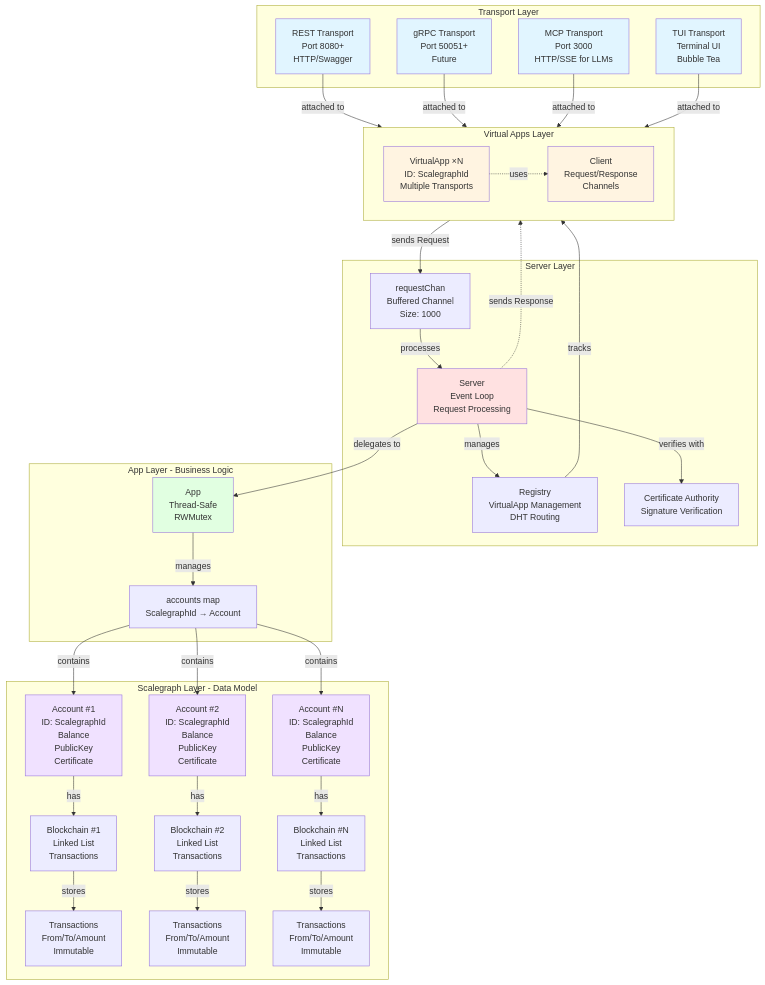
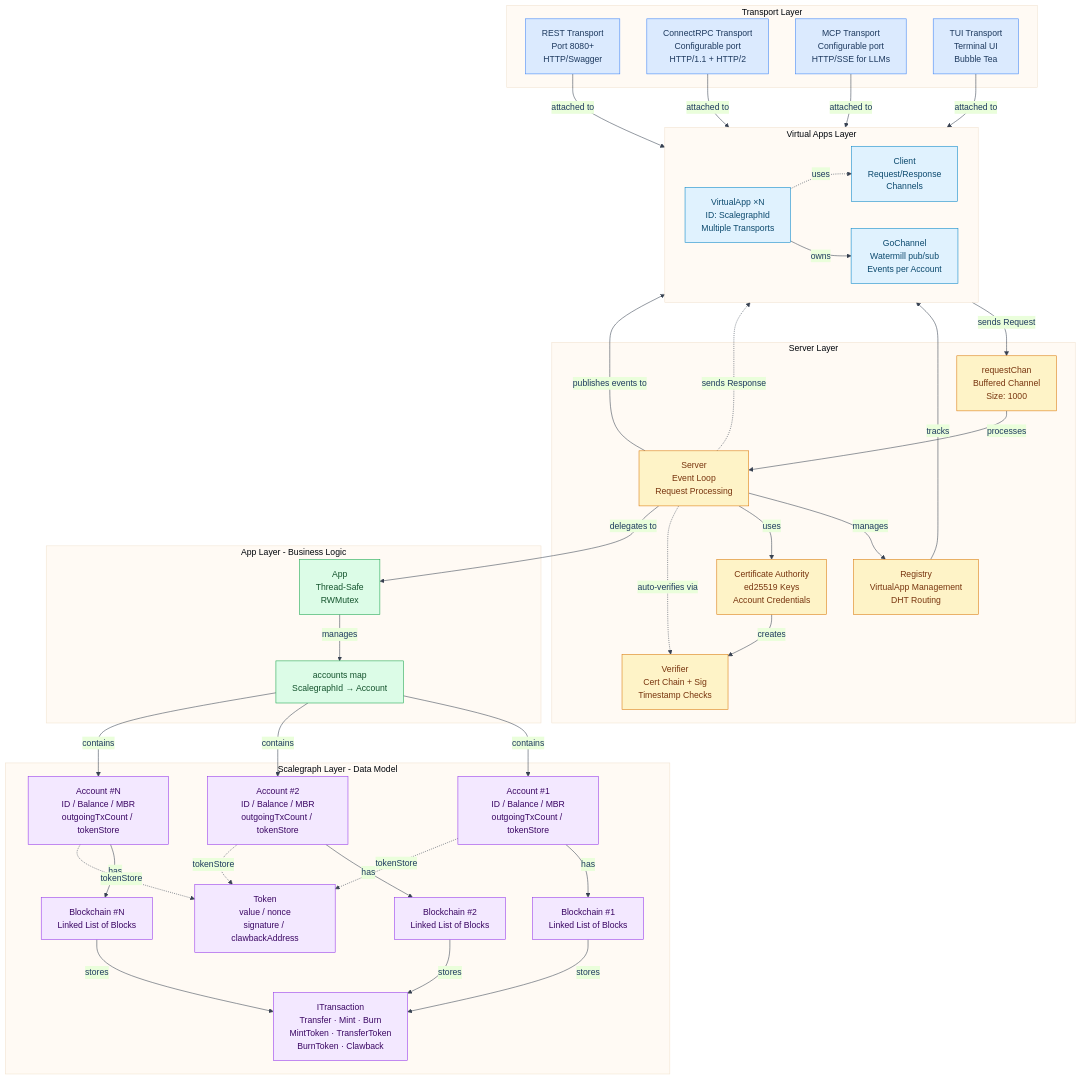
Before and after one commit to Hedlund01/sg-emulator: the diagram in docs/architecture-graph.mmd, drawn with Mermaid. The commit also changed 2 other files, not shown here.

Commit message:
Update diagrams

```diff
--- a/docs/architecture-graph.mmd
+++ b/docs/architecture-graph.mmd
@@ -1,81 +1,100 @@
+%%{init: {'theme': 'base', 'themeVariables': {'primaryColor': '#dbeafe', 'primaryBorderColor': '#3b82f6', 'primaryTextColor': '#1e3a5f', 'lineColor': '#374151', 'textColor': '#111827', 'background': '#ffffff'}}}%%
 graph TB
     subgraph "Transport Layer"
         REST[REST Transport<br/>Port 8080+<br/>HTTP/Swagger]
-        GRPC[gRPC Transport<br/>Port 50051+<br/>Future]
-        MCP[MCP Transport<br/>Port 3000<br/>HTTP/SSE for LLMs]
+        CONNECTRPC[ConnectRPC Transport<br/>Configurable port<br/>HTTP/1.1 + HTTP/2]
+        MCP[MCP Transport<br/>Configurable port<br/>HTTP/SSE for LLMs]
         TUI[TUI Transport<br/>Terminal UI<br/>Bubble Tea]
     end
 
     subgraph "Virtual Apps Layer"
         direction LR
         VA[VirtualApp ×N<br/>ID: ScalegraphId<br/>Multiple Transports]
         CLIENT[Client<br/>Request/Response<br/>Channels]
+        GOCHANNEL[GoChannel<br/>Watermill pub/sub<br/>Events per Account]
         VA -.->|uses| CLIENT
+        VA -->|owns| GOCHANNEL
     end
 
     subgraph "Server Layer"
         REGISTRY[Registry<br/>VirtualApp Management<br/>DHT Routing]
         REQCHAN[requestChan<br/>Buffered Channel<br/>Size: 1000]
         SERVER[Server<br/>Event Loop<br/>Request Processing]
-        CA[Certificate Authority<br/>Signature Verification]
+        CA[Certificate Authority<br/>ed25519 Keys<br/>Account Credentials]
+        VERIFIER[Verifier<br/>Cert Chain + Sig<br/>Timestamp Checks]
     end
 
     subgraph "App Layer - Business Logic"
         APP[App<br/>Thread-Safe<br/>RWMutex]
         ACCOUNTS[accounts map<br/>ScalegraphId → Account]
     end
 
     subgraph "Scalegraph Layer - Data Model"
-        ACC1[Account #1<br/>ID: ScalegraphId<br/>Balance<br/>PublicKey<br/>Certificate]
-        ACC2[Account #2<br/>ID: ScalegraphId<br/>Balance<br/>PublicKey<br/>Certificate]
-        ACC3[Account #N<br/>ID: ScalegraphId<br/>Balance<br/>PublicKey<br/>Certificate]
+        ACC1[Account #1<br/>ID / Balance / MBR<br/>outgoingTxCount / tokenStore]
+        ACC2[Account #2<br/>ID / Balance / MBR<br/>outgoingTxCount / tokenStore]
+        ACC3[Account #N<br/>ID / Balance / MBR<br/>outgoingTxCount / tokenStore]
 
-        BC1[Blockchain #1<br/>Linked List<br/>Transactions]
-        BC2[Blockchain #2<br/>Linked List<br/>Transactions]
-        BC3[Blockchain #N<br/>Linked List<br/>Transactions]
+        TOKEN[Token<br/>value / nonce<br/>signature / clawbackAddress]
 
-        TX1[Transactions<br/>From/To/Amount<br/>Immutable]
-        TX2[Transactions<br/>From/To/Amount<br/>Immutable]
-        TX3[Transactions<br/>From/To/Amount<br/>Immutable]
+        BC1[Blockchain #1<br/>Linked List of Blocks]
+        BC2[Blockchain #2<br/>Linked List of Blocks]
+        BC3[Blockchain #N<br/>Linked List of Blocks]
+
+        TX[ITransaction<br/>Transfer · Mint · Burn<br/>MintToken · TransferToken<br/>BurnToken · Clawback]
     end
 
     REST -->|attached to| VA
-    GRPC -->|attached to| VA
+    CONNECTRPC -->|attached to| VA
     MCP -->|attached to| VA
     TUI -->|attached to| VA
 
     CLIENT -->|sends Request| REQCHAN
-
     REQCHAN -->|processes| SERVER
     SERVER -->|manages| REGISTRY
-    SERVER -->|verifies with| CA
+    SERVER -->|uses| CA
+    CA -->|creates| VERIFIER
+    SERVER -.->|auto-verifies via| VERIFIER
     SERVER -.->|sends Response| CLIENT
-
+    SERVER -->|publishes events to| GOCHANNEL
     REGISTRY -->|tracks| VA
-
     SERVER -->|delegates to| APP
     APP -->|manages| ACCOUNTS
 
     ACCOUNTS -->|contains| ACC1
     ACCOUNTS -->|contains| ACC2
     ACCOUNTS -->|contains| ACC3
 
     ACC1 -->|has| BC1
     ACC2 -->|has| BC2
     ACC3 -->|has| BC3
 
-    BC1 -->|stores| TX1
-    BC2 -->|stores| TX2
-    BC3 -->|stores| TX3
+    ACC1 -.->|tokenStore| TOKEN
+    ACC2 -.->|tokenStore| TOKEN
+    ACC3 -.->|tokenStore| TOKEN
 
-    style REST fill:#e1f5ff
-    style GRPC fill:#e1f5ff
-    style MCP fill:#e1f5ff
-    style TUI fill:#e1f5ff
-    style VA fill:#fff4e1
-    style CLIENT fill:#fff4e1
-    style SERVER fill:#ffe1e1
-    style APP fill:#e1ffe1
-    style ACC1 fill:#f0e1ff
-    style ACC2 fill:#f0e1ff
-    style ACC3 fill:#f0e1ff
+    BC1 -->|stores| TX
+    BC2 -->|stores| TX
+    BC3 -->|stores| TX
+
+    style REST fill:#dbeafe,stroke:#3b82f6,color:#1e3a5f
+    style CONNECTRPC fill:#dbeafe,stroke:#3b82f6,color:#1e3a5f
+    style MCP fill:#dbeafe,stroke:#3b82f6,color:#1e3a5f
+    style TUI fill:#dbeafe,stroke:#3b82f6,color:#1e3a5f
+    style VA fill:#e0f2fe,stroke:#0284c7,color:#0c4a6e
+    style CLIENT fill:#e0f2fe,stroke:#0284c7,color:#0c4a6e
+    style GOCHANNEL fill:#e0f2fe,stroke:#0284c7,color:#0c4a6e
+    style SERVER fill:#fef3c7,stroke:#d97706,color:#78350f
+    style REGISTRY fill:#fef3c7,stroke:#d97706,color:#78350f
+    style REQCHAN fill:#fef3c7,stroke:#d97706,color:#78350f
+    style CA fill:#fef3c7,stroke:#d97706,color:#78350f
+    style VERIFIER fill:#fef3c7,stroke:#d97706,color:#78350f
+    style APP fill:#dcfce7,stroke:#16a34a,color:#14532d
+    style ACCOUNTS fill:#dcfce7,stroke:#16a34a,color:#14532d
+    style ACC1 fill:#f3e8ff,stroke:#9333ea,color:#3b0764
+    style ACC2 fill:#f3e8ff,stroke:#9333ea,color:#3b0764
+    style ACC3 fill:#f3e8ff,stroke:#9333ea,color:#3b0764
+    style TOKEN fill:#f3e8ff,stroke:#9333ea,color:#3b0764
+    style BC1 fill:#f3e8ff,stroke:#9333ea,color:#3b0764
+    style BC2 fill:#f3e8ff,stroke:#9333ea,color:#3b0764
+    style BC3 fill:#f3e8ff,stroke:#9333ea,color:#3b0764
+    style TX fill:#f3e8ff,stroke:#9333ea,color:#3b0764
```
